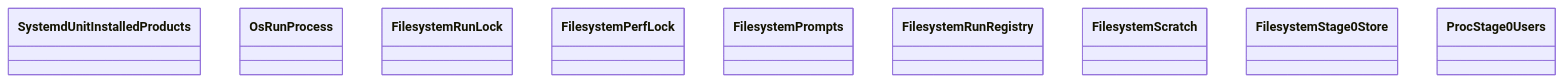
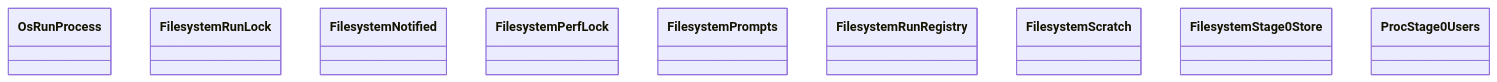
One commit to GonzaloZevallos/agentic-system changed the diagram in docs/architecture/generated/classes-process-adapters-filesystem-2.md. Above: the diagram before and after it, drawn with Mermaid. The commit also changed 20 other files, not shown here.

Commit message:
Regenerate the architecture docs for the notifier ports and FilesystemNotified

````diff
--- a/docs/architecture/generated/classes-process-adapters-filesystem-2.md
+++ b/docs/architecture/generated/classes-process-adapters-filesystem-2.md
@@ -12,12 +12,12 @@
 ```mermaid
 classDiagram
-    class filesystem__installed_products__SystemdUnitInstalledProducts["SystemdUnitInstalledProducts"]
     class filesystem__liveness__OsRunProcess["OsRunProcess"]
     class filesystem__lock__FilesystemRunLock["FilesystemRunLock"]
+    class filesystem__notified__FilesystemNotified["FilesystemNotified"]
     class filesystem__perf_lock__FilesystemPerfLock["FilesystemPerfLock"]
     class filesystem__prompts__FilesystemPrompts["FilesystemPrompts"]
     class filesystem__run_registry__FilesystemRunRegistry["FilesystemRunRegistry"]
     class filesystem__scratch__FilesystemScratch["FilesystemScratch"]
     class filesystem__stage0_store__FilesystemStage0Store["FilesystemStage0Store"]
     class filesystem__stage0_users__ProcStage0Users["ProcStage0Users"]
 ```
````
